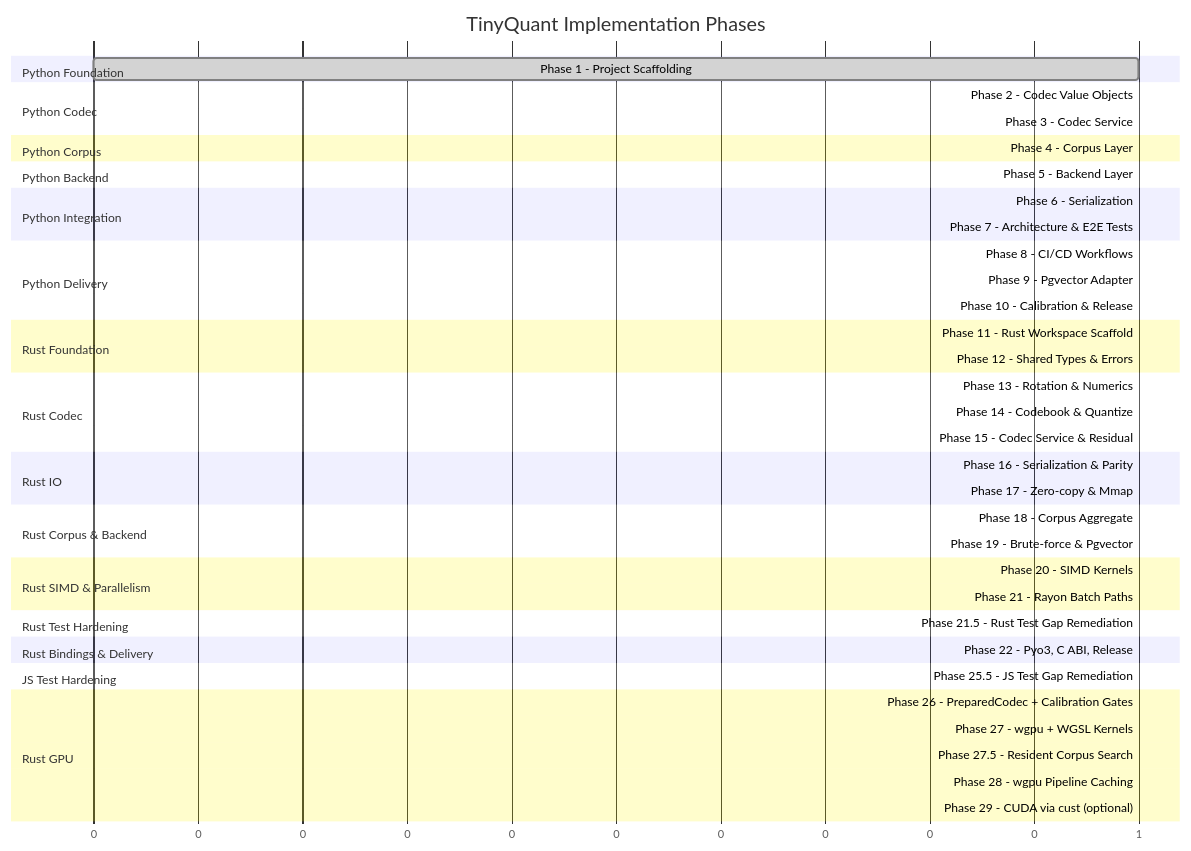
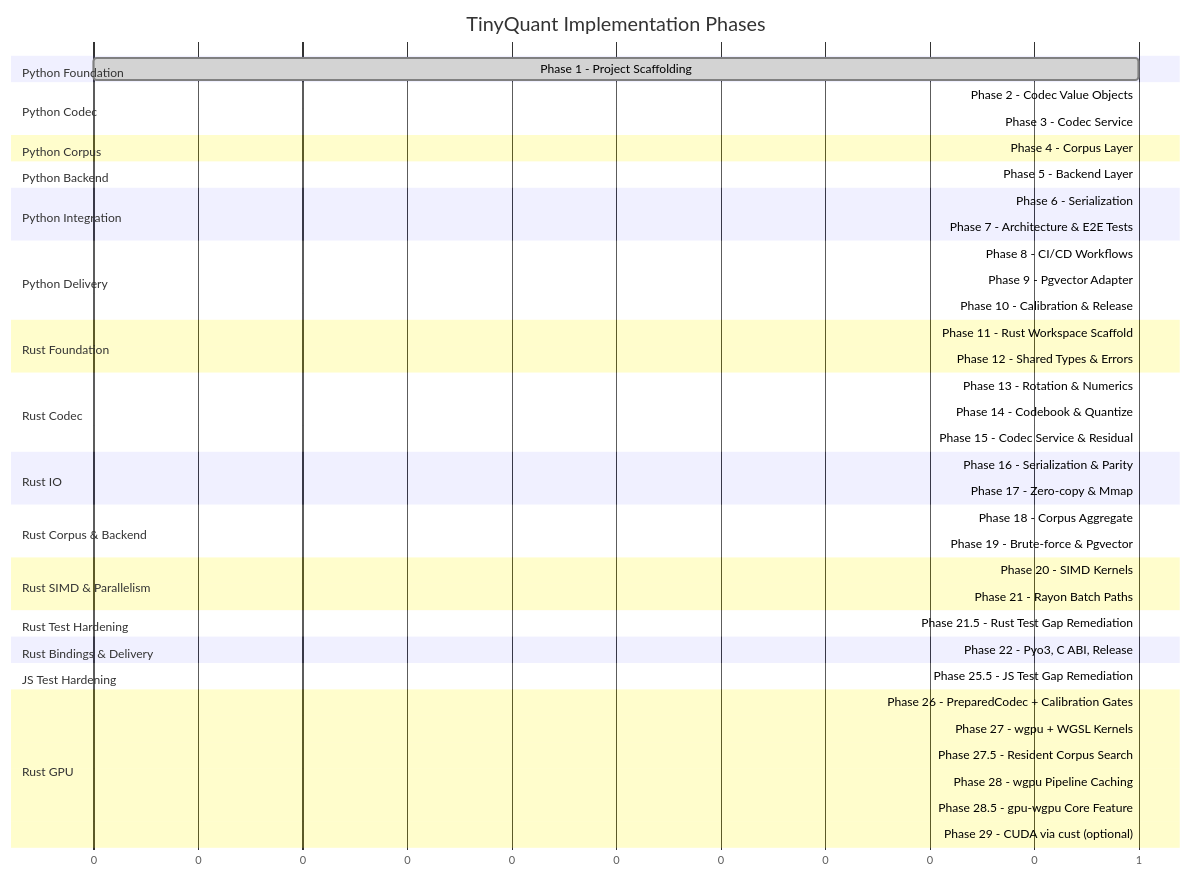
The diagram in docs/roadmap.md (better-with-models/TinyQuant), drawn with Mermaid before and after one commit. The commit also changed other lines of this file and 2 other files, not shown here.

First line of the commit message:
docs(phase-28.5): flesh out plan with design details, accurate API, and full test spec

````diff
--- a/docs/roadmap.md
+++ b/docs/roadmap.md
@@ -26,50 +26,51 @@
 ```mermaid
 gantt
     title TinyQuant Implementation Phases
     dateFormat X
     axisFormat %s
     section Python Foundation
         Phase 1 - Project Scaffolding       :done, p1, 0, 1
     section Python Codec
         Phase 2 - Codec Value Objects       :done, p2, after p1, 1
         Phase 3 - Codec Service             :done, p3, after p2, 1
     section Python Corpus
         Phase 4 - Corpus Layer              :done, p4, after p3, 1
     section Python Backend
         Phase 5 - Backend Layer             :done, p5, after p4, 1
     section Python Integration
         Phase 6 - Serialization             :done, p6, after p5, 1
         Phase 7 - Architecture & E2E Tests  :done, p7, after p6, 1
     section Python Delivery
         Phase 8 - CI/CD Workflows           :done, p8, after p7, 1
         Phase 9 - Pgvector Adapter          :done, p9, after p8, 1
         Phase 10 - Calibration & Release    :done, p10, after p9, 1
     section Rust Foundation
         Phase 11 - Rust Workspace Scaffold  :done, p11, after p10, 1
         Phase 12 - Shared Types & Errors    :done, p12, after p11, 1
     section Rust Codec
         Phase 13 - Rotation & Numerics      :done, p13, after p12, 1
         Phase 14 - Codebook & Quantize      :done, p14, after p13, 1
         Phase 15 - Codec Service & Residual :done, p15, after p14, 1
     section Rust IO
         Phase 16 - Serialization & Parity   :p16, after p15, 1
         Phase 17 - Zero-copy & Mmap         :p17, after p16, 1
     section Rust Corpus & Backend
         Phase 18 - Corpus Aggregate         :p18, after p17, 1
         Phase 19 - Brute-force & Pgvector   :p19, after p18, 1
     section Rust SIMD & Parallelism
         Phase 20 - SIMD Kernels             :p20, after p19, 1
         Phase 21 - Rayon Batch Paths        :p21, after p20, 1
     section Rust Test Hardening
         Phase 21.5 - Rust Test Gap Remediation :p215, after p21, 1
     section Rust Bindings & Delivery
         Phase 22 - Pyo3, C ABI, Release     :p22, after p215, 1
     section JS Test Hardening
         Phase 25.5 - JS Test Gap Remediation :done, p255, after p22, 1
     section Rust GPU
         Phase 26 - PreparedCodec + Calibration Gates :done, p26, after p255, 1
         Phase 27 - wgpu + WGSL Kernels      :done, p27, after p26, 1
         Phase 27.5 - Resident Corpus Search :done, p275, after p27, 1
-        Phase 28 - wgpu Pipeline Caching    :active, p28, after p275, 1
-        Phase 29 - CUDA via cust (optional) :p29, after p28, 1
+        Phase 28 - wgpu Pipeline Caching    :done, p28, after p275, 1
+        Phase 28.5 - gpu-wgpu Core Feature  :p285, after p28, 1
+        Phase 29 - CUDA via cust (optional) :p29, after p285, 1
 ```
````
